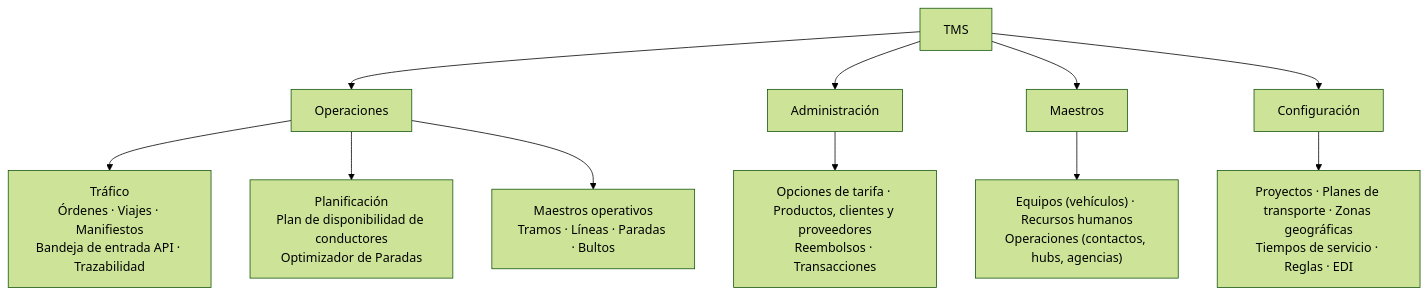
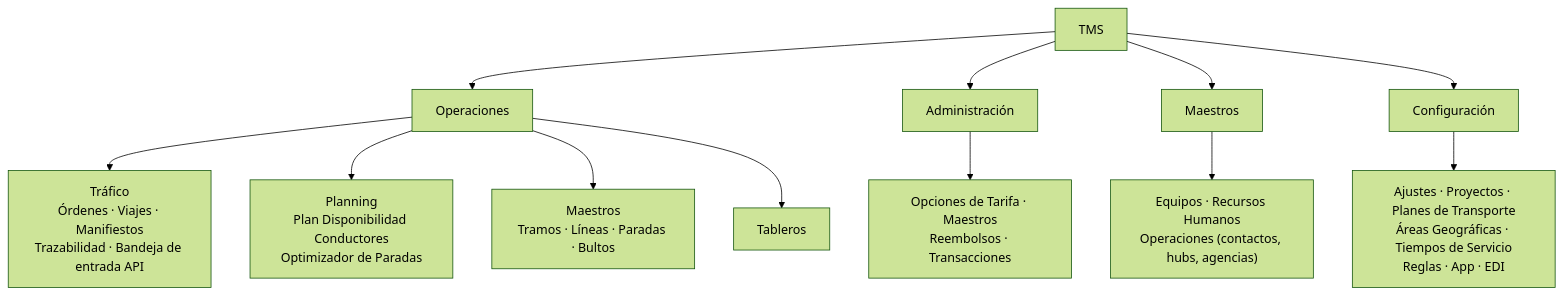
The diagram in source/17.0/3_functional-architecture/3_1_functional-organization.rst (pacoborrego/guraify-tms-docs), drawn with Mermaid (forest theme) before and after one commit. The commit also changed other lines of this file and 120 other files, not shown here.

Commit message:
260910_V07 — D12 cierre editorial: lectura completa, cap. 2 en cuatro páginas, 3.2.6 Tramos y Paradas, 4.1 al patrón D7 con anexos A.23–A.28, ETA en 1.4.2, copia única de cada explicación, glosario ampliado, etiquetas de Odoo corregidas

```diff
--- a/source/17.0/3_functional-architecture/3_1_functional-organization.rst
+++ b/source/17.0/3_functional-architecture/3_1_functional-organization.rst
@@ -14,13 +16,14 @@
 .. mermaid::
 
    flowchart TB
        TMS["TMS"] --> OP["Operaciones"]
        TMS --> ADM["Administración"]
        TMS --> MAE["Maestros"]
        TMS --> CFG["Configuración"]
-       OP --> TRA["Tráfico<br/>Órdenes · Viajes · Manifiestos<br/>Bandeja de entrada API · Trazabilidad"]
-       OP --> PLA["Planificación<br/>Plan de disponibilidad de conductores<br/>Optimizador de Paradas"]
-       OP --> MOP["Maestros operativos<br/>Tramos · Líneas · Paradas · Bultos"]
-       ADM --> ADM1["Opciones de tarifa · Productos, clientes y proveedores<br/>Reembolsos · Transacciones"]
-       MAE --> MAE1["Equipos (vehículos) · Recursos humanos<br/>Operaciones (contactos, hubs, agencias)"]
-       CFG --> CFG1["Proyectos · Planes de transporte · Zonas geográficas<br/>Tiempos de servicio · Reglas · EDI"]
+       OP --> TRA["Tráfico<br/>Órdenes · Viajes · Manifiestos<br/>Trazabilidad · Bandeja de entrada API"]
+       OP --> PLA["Planning<br/>Plan Disponibilidad Conductores<br/>Optimizador de Paradas"]
+       OP --> MOP["Maestros<br/>Tramos · Líneas · Paradas · Bultos"]
+       OP --> TAB["Tableros"]
+       ADM --> ADM1["Opciones de Tarifa · Maestros<br/>Reembolsos · Transacciones"]
+       MAE --> MAE1["Equipos · Recursos Humanos<br/>Operaciones (contactos, hubs, agencias)"]
+       CFG --> CFG1["Ajustes · Proyectos · Planes de Transporte<br/>Áreas Geográficas · Tiempos de Servicio<br/>Reglas · App · EDI"]
```
